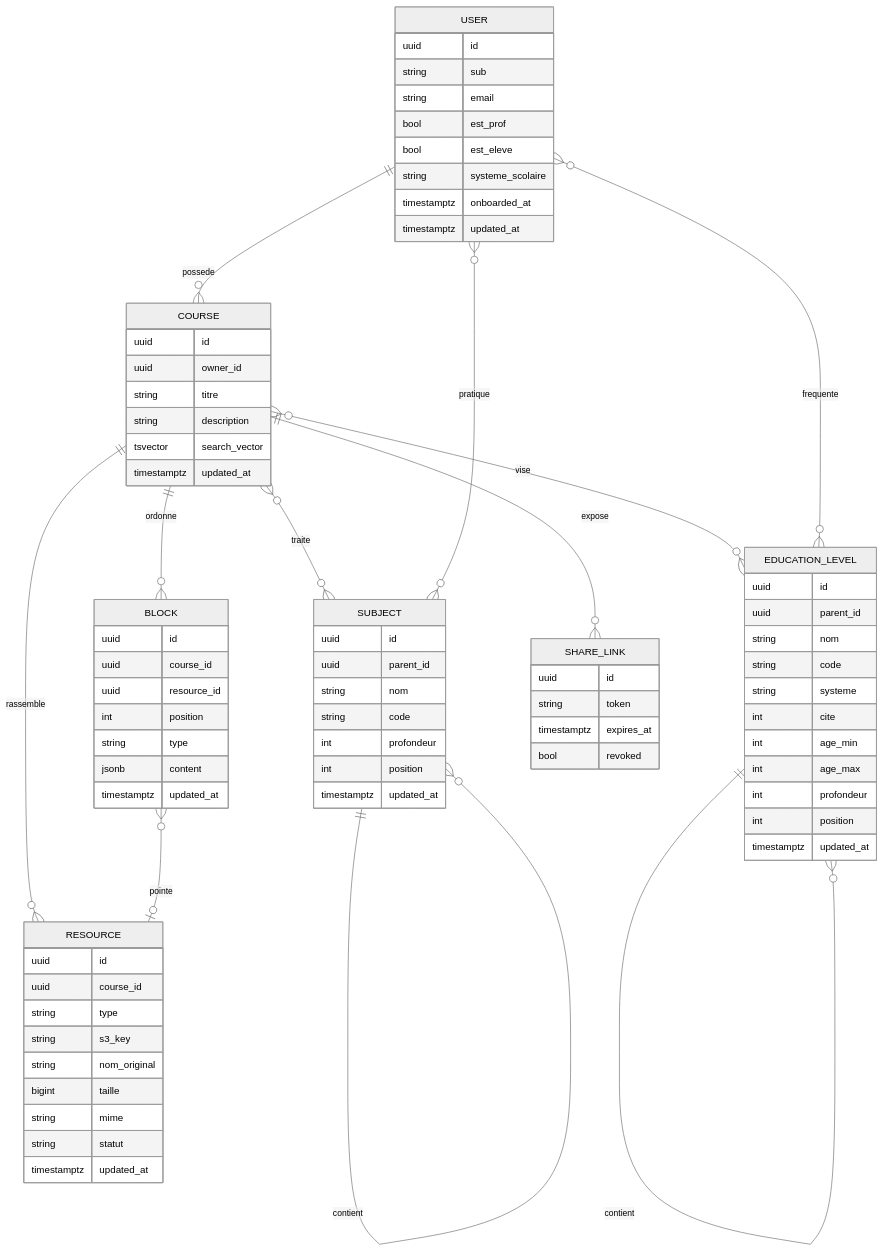
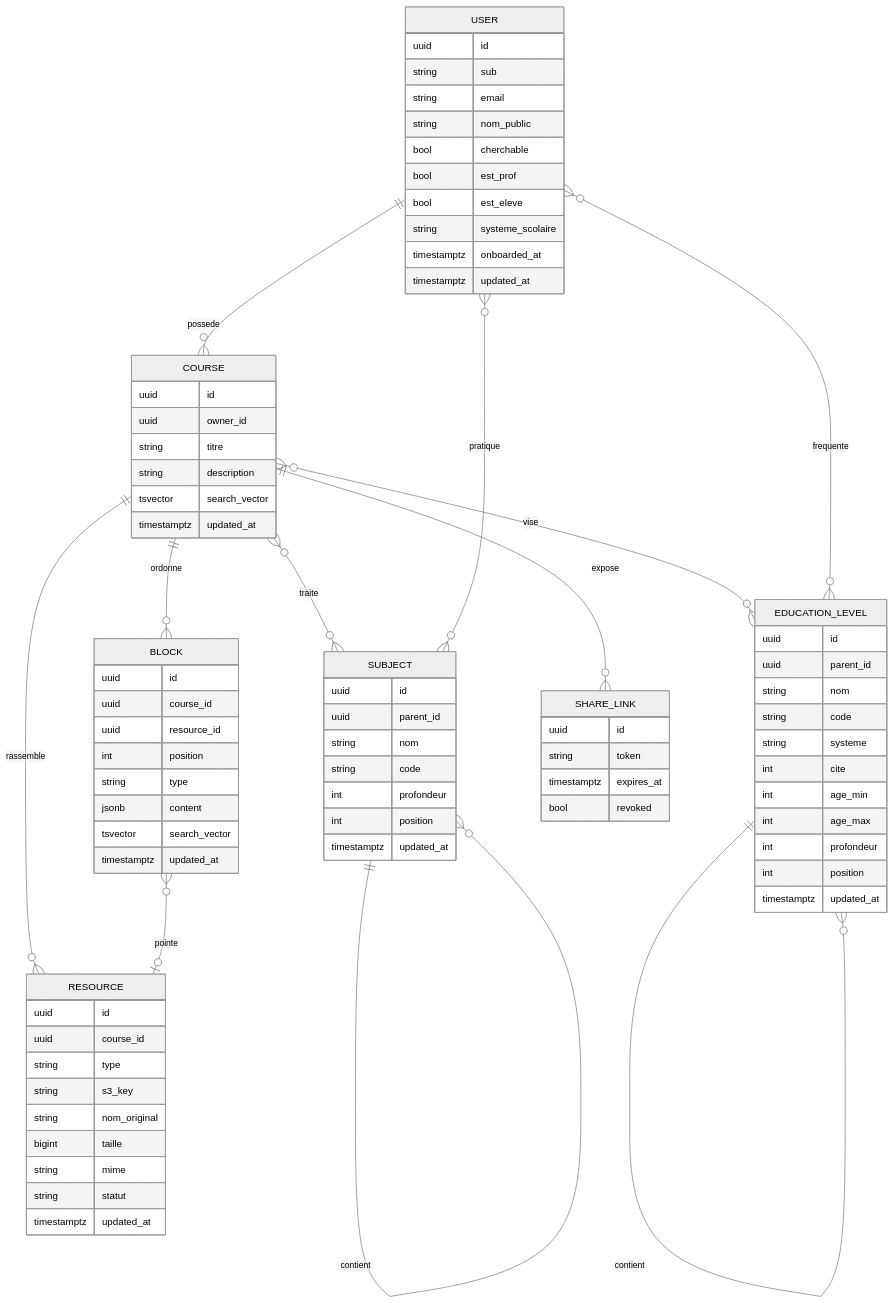
The second of 2 diagrams in Descriptions.md (flobatard/OpenCartableBack), drawn with Mermaid (neutral theme) before and after one commit. The commit also changed other lines of this file and 17 other files, not shown here.

```diff
--- a/Descriptions.md
+++ b/Descriptions.md
@@ -178,6 +181,8 @@
       uuid id
       string sub
       string email
+      string nom_public
+      bool cherchable
       bool est_prof
       bool est_eleve
       string systeme_scolaire
@@ -221,6 +226,7 @@
       int position
       string type
       jsonb content
+      tsvector search_vector
       timestamptz updated_at
     }
     RESOURCE {
```
